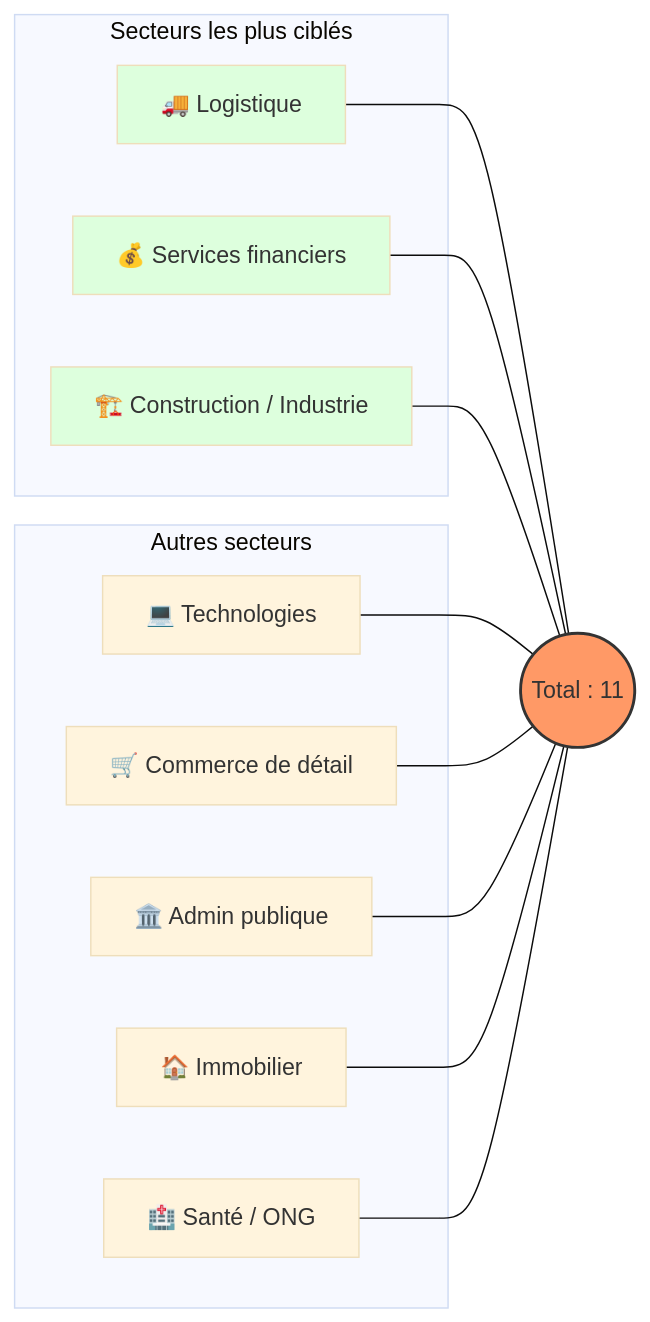
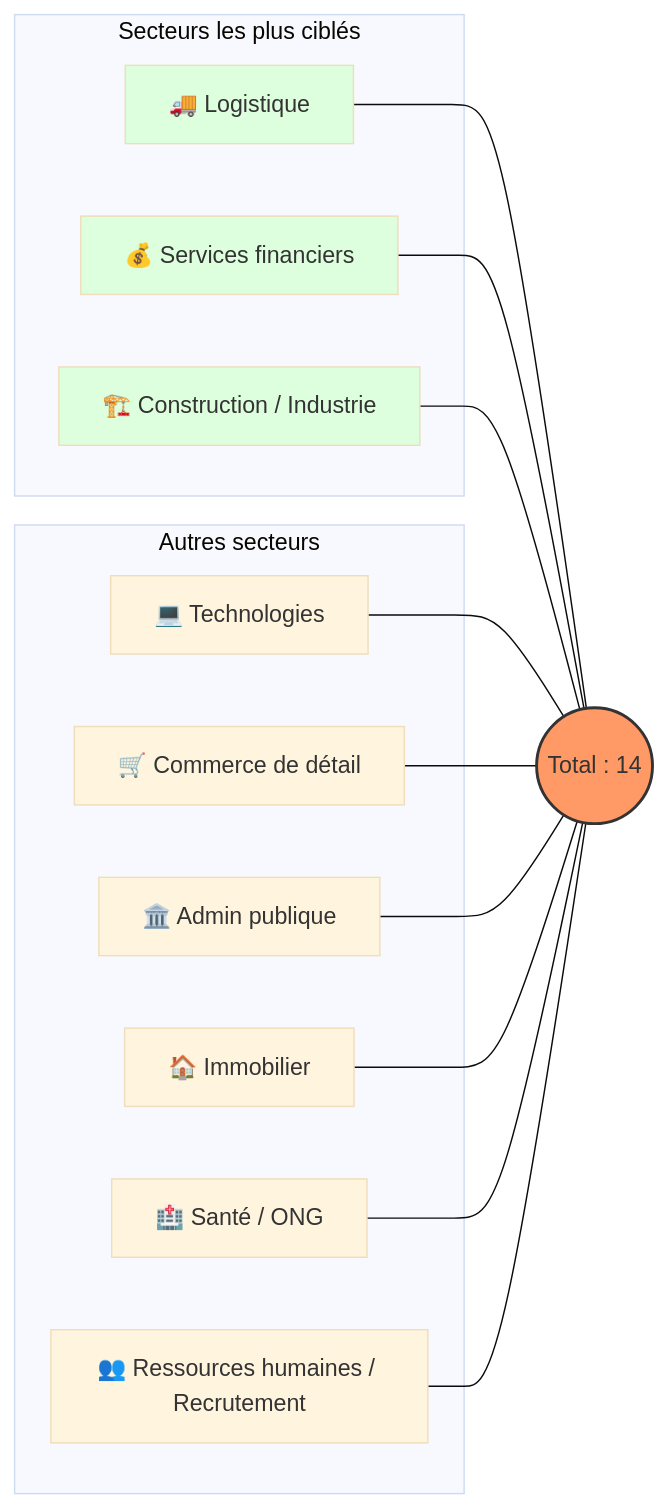
One commit to Hatchepsoute/AFRINTEL changed the second of 4 diagrams in CyberAttackAfrica/2025/11-november/README_FR.md. Above: the diagram before and after it, drawn with Mermaid (base theme). The commit also changed other lines of this file and 255 other files, not shown here.

````diff
--- a/CyberAttackAfrica/2025/11-november/README_FR.md
+++ b/CyberAttackAfrica/2025/11-november/README_FR.md
@@ -64,30 +67,32 @@
 ```mermaid
 graph LR
     subgraph "Secteurs les plus ciblés"
     L[🚚 Logistique]
     F[💰 Services financiers]
     I[🏗️ Construction / Industrie]
     end
 
     subgraph "Autres secteurs"
     T[💻 Technologies]
     R[🛒 Commerce de détail]
     A[🏛️ Admin publique]
     RE[🏠 Immobilier]
     H[🏥 Santé / ONG]
+    HR[👥 Ressources humaines / Recrutement]
     end
 
-    L --- Total((Total : 11))
+    L --- Total((Total : 14))
     F --- Total
     I --- Total
     T --- Total
     R --- Total
     A --- Total
     RE --- Total
     H --- Total
+    HR --- Total
 
     style Total fill:#f96,stroke:#333,stroke-width:2px
     style L fill:#dfd
     style F fill:#dfd
     style I fill:#dfd
 ```
````
